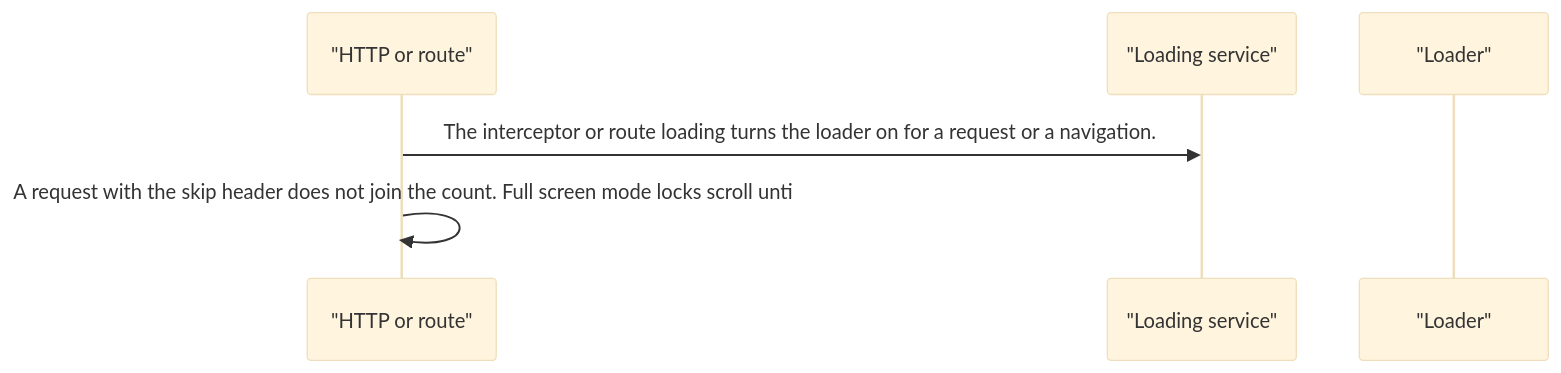
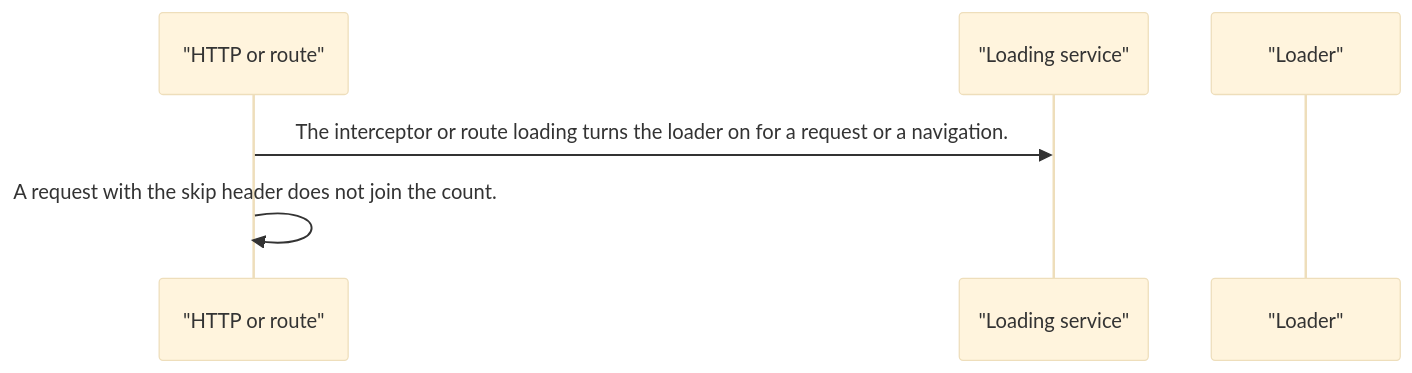
Before and after one commit to RajshekharBorate/pixel-ui: the fourth of 5 diagrams in projects/pixel-ui/src/lib/pixel-loader/DESIGN.md, drawn with Mermaid (base theme). The commit also changed other lines of this file and 80 other files, not shown here.

Commit message:
Fill missing design flows and correct the stories that did not match component behavior.

````diff
--- a/projects/pixel-ui/src/lib/pixel-loader/DESIGN.md
+++ b/projects/pixel-ui/src/lib/pixel-loader/DESIGN.md
@@ -73,8 +80,8 @@
 ```mermaid
 sequenceDiagram
   participant http as "HTTP or route"
   participant service as "Loading service"
   participant loader as "Loader"
   http->>service: The interceptor or route loading turns the loader on for a request or a navigation.
-  http->>http: A request with the skip header does not join the count. Full screen mode locks scroll unti
+  http->>http: A request with the skip header does not join the count.
 ```
````
